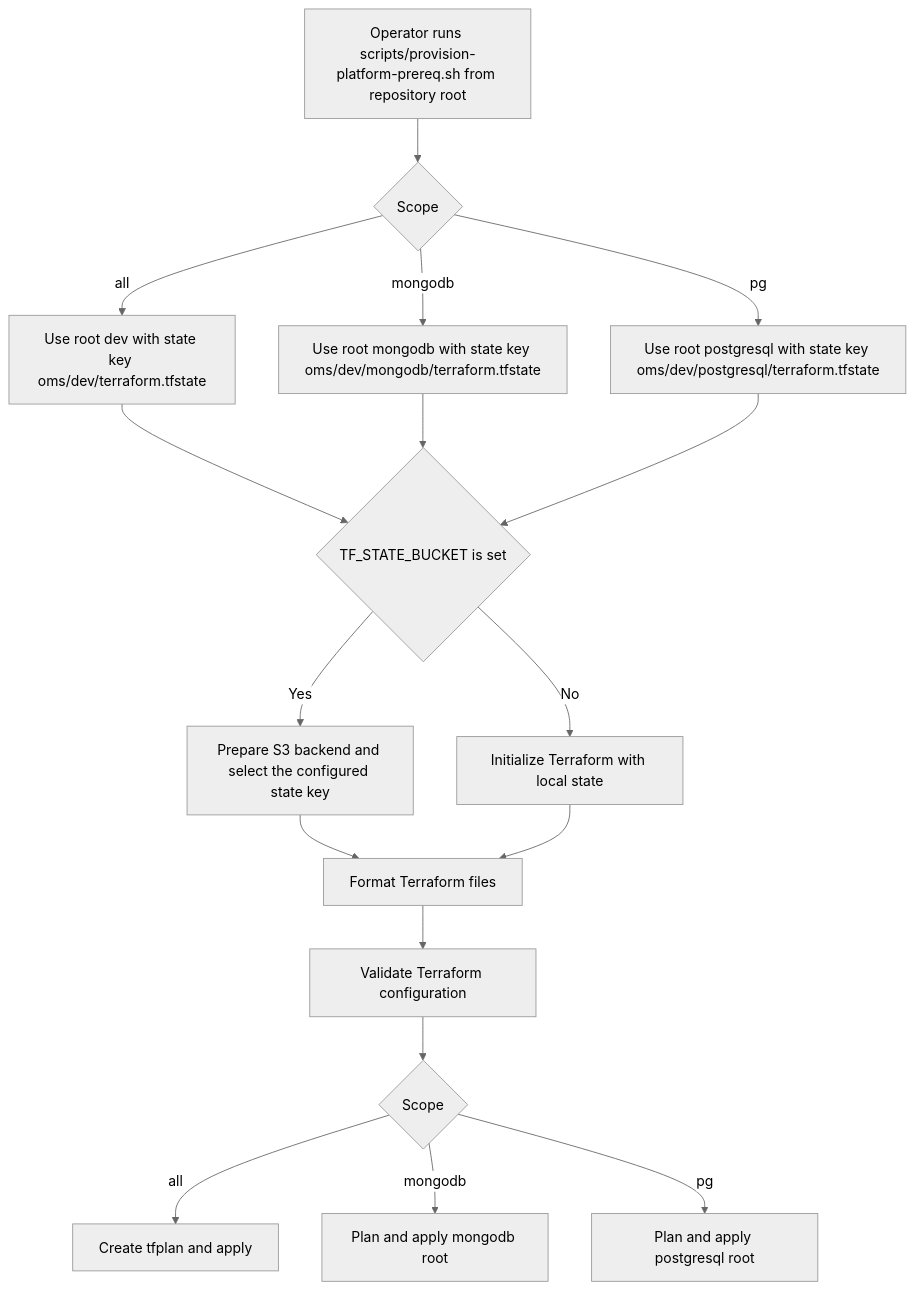
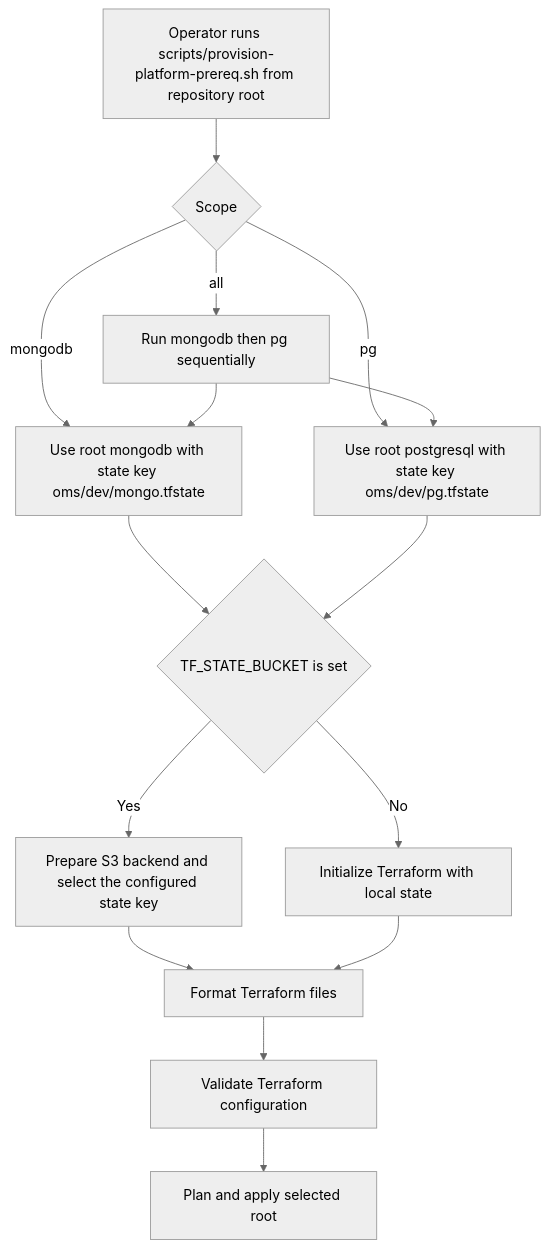
The first of 8 diagrams in platform-prerequisites/terraform/README.md (sml-global/mongodb), drawn with Mermaid (neutral theme) before and after one commit. The commit also changed other lines of this file and 21 other files, not shown here.

First line of the commit message:
feat: full percona secrets, remove dev root and dead code, state key cleanup

````diff
--- a/platform-prerequisites/terraform/README.md
+++ b/platform-prerequisites/terraform/README.md
@@ -598,19 +629,17 @@
 ```mermaid
 flowchart TD
   A[Operator runs scripts/provision-platform-prereq.sh from repository root] --> B{Scope}
-  B -->|all| B1[Use root dev with state key oms/dev/terraform.tfstate]
-  B -->|mongodb| B2[Use root mongodb with state key oms/dev/mongodb/terraform.tfstate]
-  B -->|pg| B3[Use root postgresql with state key oms/dev/postgresql/terraform.tfstate]
-  B1 --> C{TF_STATE_BUCKET is set}
-  B2 --> C
+  B -->|all| B1[Run mongodb then pg sequentially]
+  B -->|mongodb| B2[Use root mongodb with state key oms/dev/mongo.tfstate]
+  B -->|pg| B3[Use root postgresql with state key oms/dev/pg.tfstate]
+  B1 --> B2
+  B1 --> B3
+  B2 --> C{TF_STATE_BUCKET is set}
   B3 --> C
   C -->|Yes| C1[Prepare S3 backend and select the configured state key]
   C -->|No| D[Initialize Terraform with local state]
   C1 --> E[Format Terraform files]
   D --> E
   E --> F[Validate Terraform configuration]
-  F --> G{Scope}
-  G -->|all| H[Create tfplan and apply]
-  G -->|mongodb| I[Plan and apply mongodb root]
-  G -->|pg| J[Plan and apply postgresql root]
+  F --> G[Plan and apply selected root]
 ```
````
